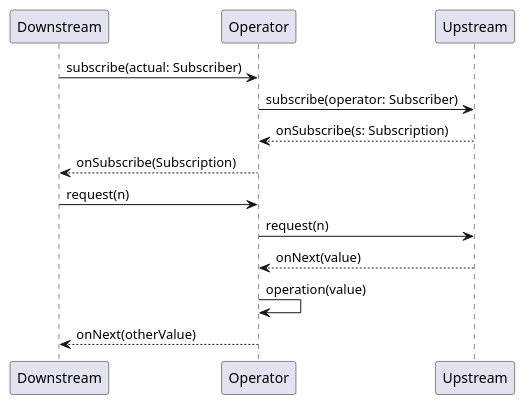
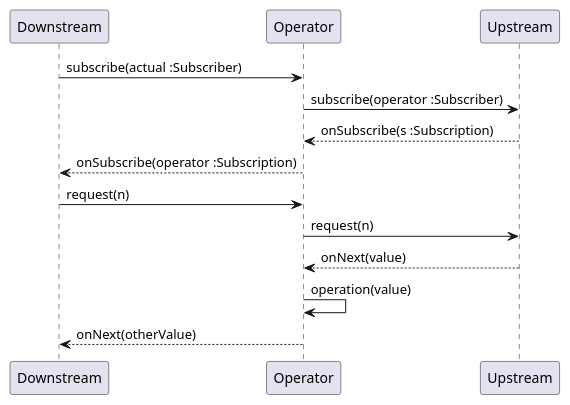
One commit to yanghoon/obsidian-workspace changed the second of 2 diagrams in _diary/2024-06-18.md. Above: the diagram before and after it, drawn with PlantUML.

Commit message:
vault backup: 2024-06-19 00:52:42

````diff
--- a/_diary/2024-06-18.md
+++ b/_diary/2024-06-18.md
@@ -41,20 +41,20 @@
 ```plantuml
 @startuml
 
 participant Downstream as Down
 participant Operator as Ops
 participant Upstream as Up
 
-Down -> Ops: subscribe(actual: Subscriber)
-Ops -> Up: subscribe(operator: Subscriber)
-Ops <-- Up: onSubscribe(s: Subscription)
-Down <-- Ops: onSubscribe(Subscription)
+Down -> Ops: subscribe(actual :Subscriber)
+Ops -> Up: subscribe(operator :Subscriber)
+Ops <-- Up: onSubscribe(s :Subscription)
+Down <-- Ops: onSubscribe(operator :Subscription)
 
 Down -> Ops: request(n)
 Ops -> Up: request(n)
 Ops <-- Up: onNext(value)
 Ops -> Ops: operation(value)
 Down <-- Ops: onNext(otherValue)
 
 @enduml
 ```
````
